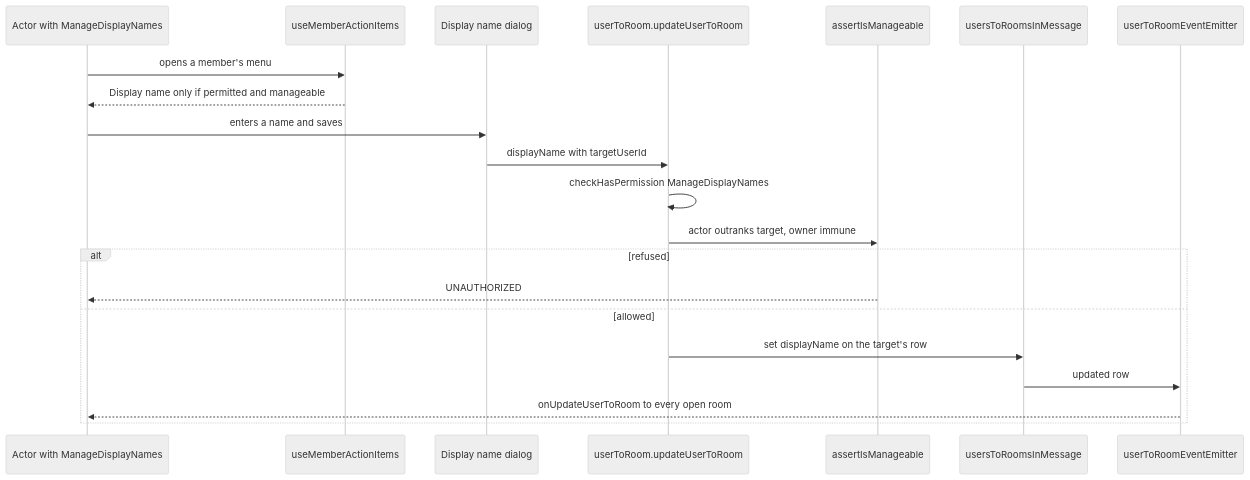
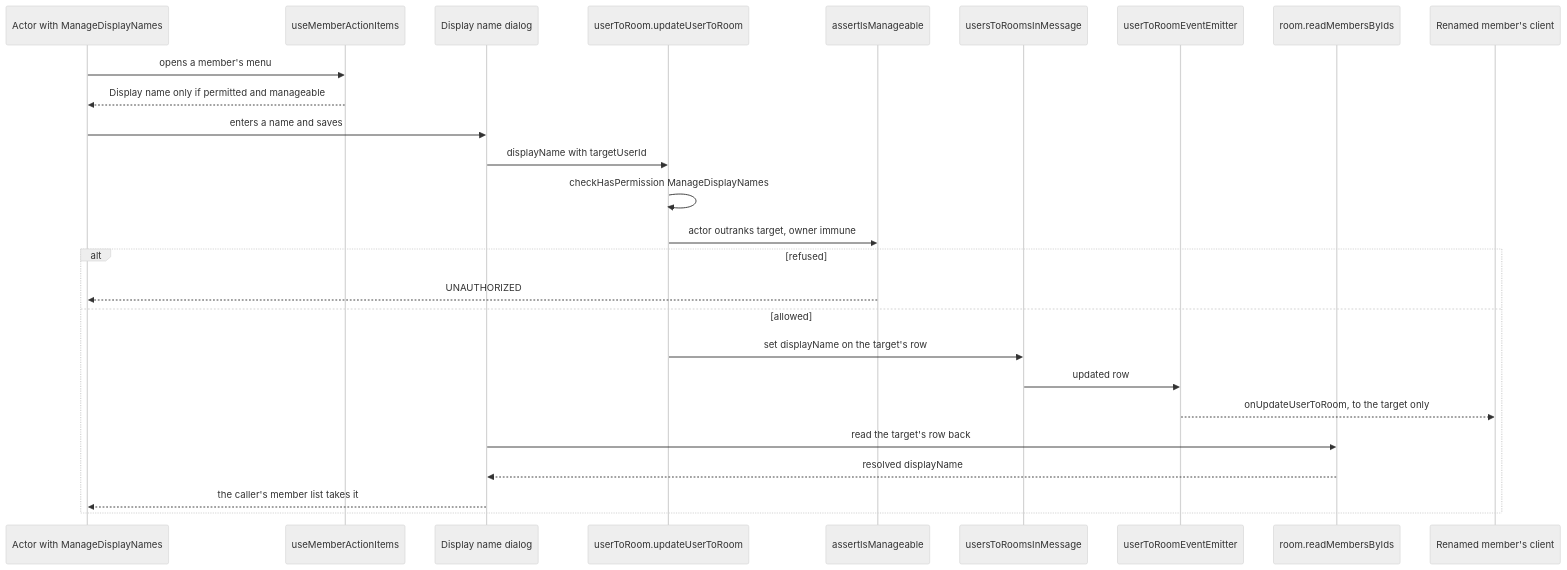
The diagram in openspec/changes/esbabbler-member-display-names/design.md (Esposter/Esposter), drawn with Mermaid (neutral theme) before and after one commit. The commit also changed other lines of this file and 14 other files, not shown here.

First line of the commit message:
feat(esbabbler): a holder of ManageDisplayNames sets a lower-ranked member's display name from the member menu

````diff
--- a/openspec/changes/esbabbler-member-display-names/design.md
+++ b/openspec/changes/esbabbler-member-display-names/design.md
@@ -20,23 +21,28 @@
 ```mermaid
 sequenceDiagram
   participant A as Actor with ManageDisplayNames
   participant M as useMemberActionItems
   participant D as Display name dialog
   participant R as userToRoom.updateUserToRoom
   participant G as assertIsManageable
   participant DB as usersToRoomsInMessage
   participant E as userToRoomEventEmitter
+  participant Q as room.readMembersByIds
+  participant T as Renamed member's client
   A->>M: opens a member's menu
   M-->>A: Display name only if permitted and manageable
   A->>D: enters a name and saves
   D->>R: displayName with targetUserId
   R->>R: checkHasPermission ManageDisplayNames
   R->>G: actor outranks target, owner immune
   alt refused
     G-->>A: UNAUTHORIZED
   else allowed
     R->>DB: set displayName on the target's row
     DB->>E: updated row
-    E-->>A: onUpdateUserToRoom to every open room
+    E-->>T: onUpdateUserToRoom, to the target only
+    D->>Q: read the target's row back
+    Q-->>D: resolved displayName
+    D-->>A: the caller's member list takes it
   end
 ```
````
